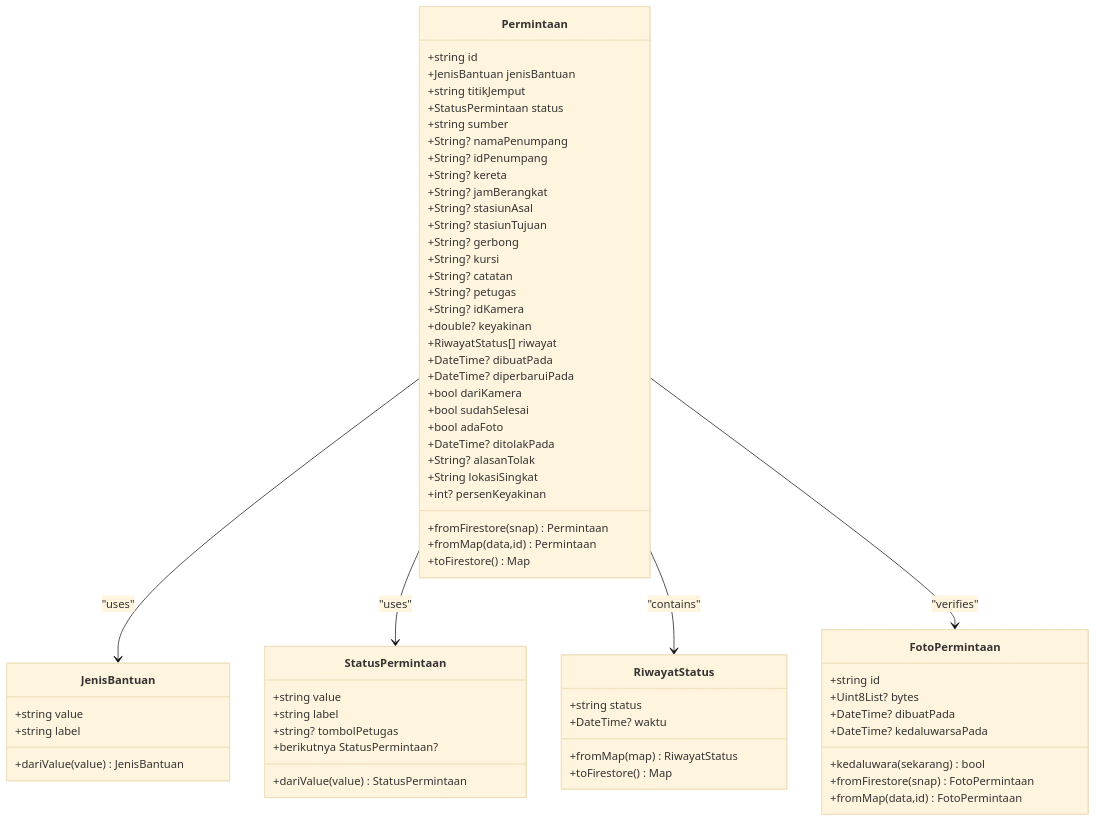
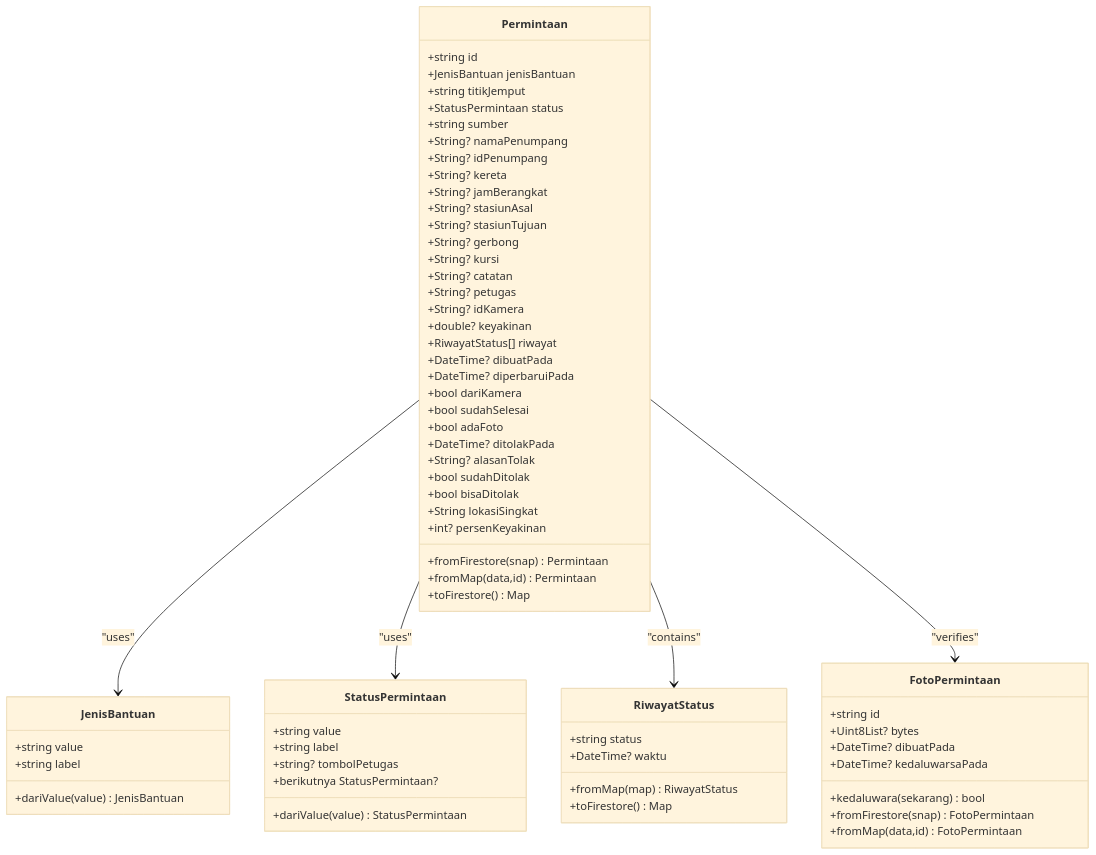
The fifth of 11 diagrams in .qoder/repowiki/en/content/Mobile Application/Staff Workflow/Staff Workflow.md (rdsarjito/whoosh-ramah), drawn with Mermaid (base theme) before and after one commit. The commit also changed other lines of this file and 18 other files, not shown here.

````diff
--- a/.qoder/repowiki/en/content/Mobile Application/Staff Workflow/Staff Workflow.md
+++ b/.qoder/repowiki/en/content/Mobile Application/Staff Workflow/Staff Workflow.md
@@ -330,66 +375,68 @@
 ```mermaid
 classDiagram
 class JenisBantuan {
 +string value
 +string label
 +dariValue(value) JenisBantuan
 }
 class StatusPermintaan {
 +string value
 +string label
 +string? tombolPetugas
 +berikutnya StatusPermintaan?
 +dariValue(value) StatusPermintaan
 }
 class RiwayatStatus {
 +string status
 +DateTime? waktu
 +fromMap(map) RiwayatStatus
 +toFirestore() Map
 }
 class FotoPermintaan {
 +string id
 +Uint8List? bytes
 +DateTime? dibuatPada
 +DateTime? kedaluwarsaPada
 +kedaluwara(sekarang) bool
 +fromFirestore(snap) FotoPermintaan
 +fromMap(data,id) FotoPermintaan
 }
 class Permintaan {
 +string id
 +JenisBantuan jenisBantuan
 +string titikJemput
 +StatusPermintaan status
 +string sumber
 +String? namaPenumpang
 +String? idPenumpang
 +String? kereta
 +String? jamBerangkat
 +String? stasiunAsal
 +String? stasiunTujuan
 +String? gerbong
 +String? kursi
 +String? catatan
 +String? petugas
 +String? idKamera
 +double? keyakinan
 +RiwayatStatus[] riwayat
 +DateTime? dibuatPada
 +DateTime? diperbaruiPada
 +bool dariKamera
 +bool sudahSelesai
 +bool adaFoto
 +DateTime? ditolakPada
 +String? alasanTolak
++bool sudahDitolak
++bool bisaDitolak
 +String lokasiSingkat
 +int? persenKeyakinan
 +fromFirestore(snap) Permintaan
 +fromMap(data,id) Permintaan
 +toFirestore() Map
 }
 Permintaan --> JenisBantuan : "uses"
 Permintaan --> StatusPermintaan : "uses"
 Permintaan --> RiwayatStatus : "contains"
 Permintaan --> FotoPermintaan : "verifies"
 ```
````
